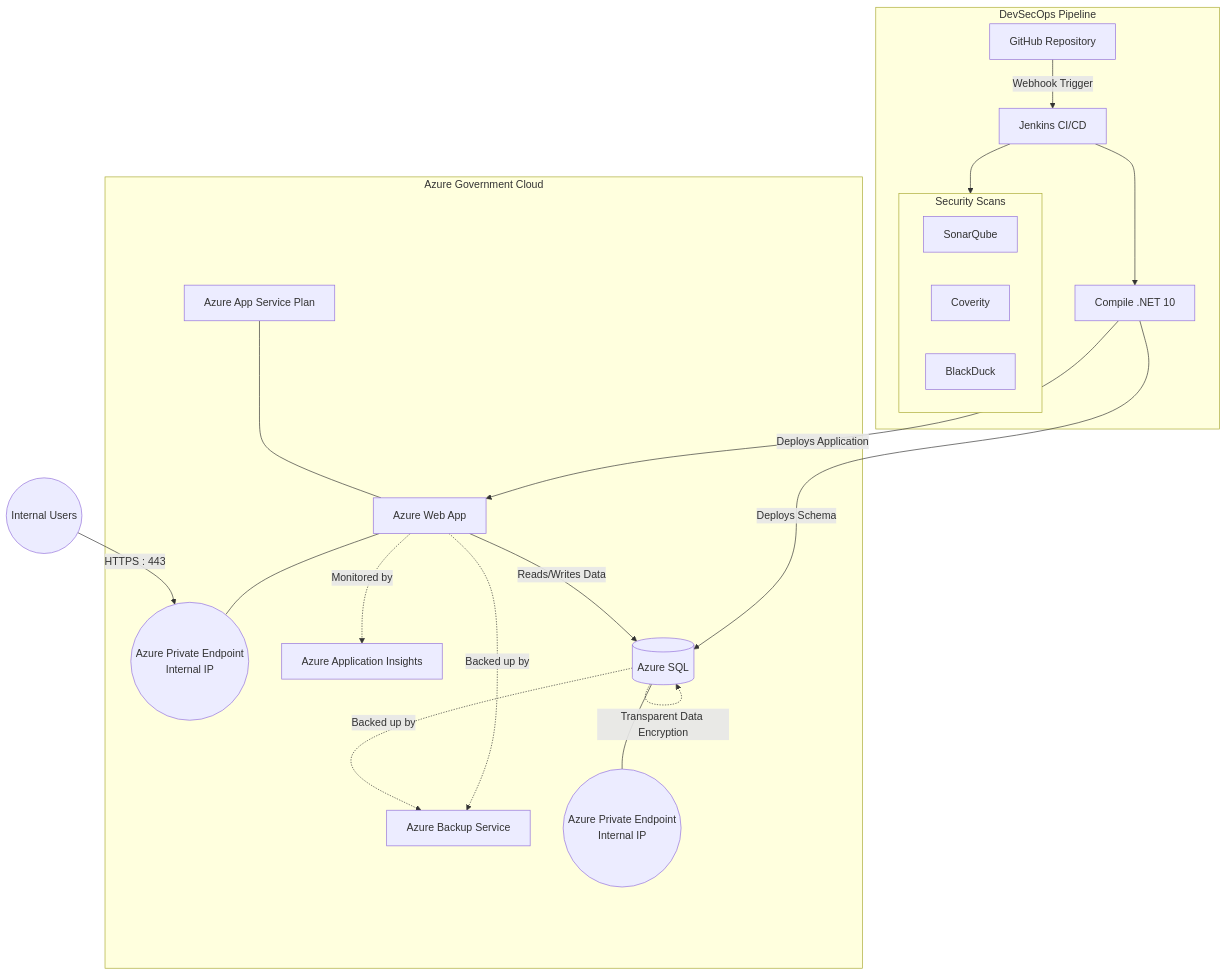
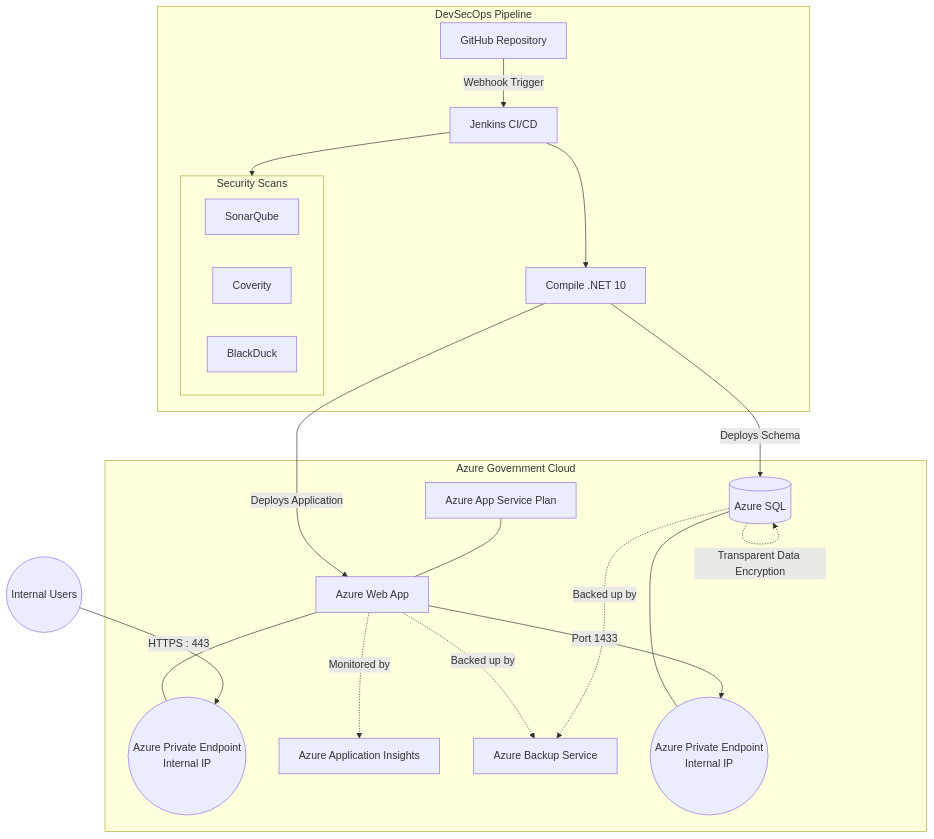
Before and after one commit to SingularityResearch/ChatApp: the diagram in DeploymentRequirements.md, drawn with Mermaid.

Commit message:
diagram changes

````diff
--- a/DeploymentRequirements.md
+++ b/DeploymentRequirements.md
@@ -27,57 +27,57 @@
 ```mermaid
 graph TD
     subgraph Pipeline [DevSecOps Pipeline]
         GitHub[GitHub Repository]
         Jenkins[Jenkins CI/CD]
         
         subgraph SecurityScans [Security Scans]
             SonarQube[SonarQube]
             Coverity[Coverity]
             BlackDuck[BlackDuck]
         end
         
         Build[Compile .NET 10]
     end
 
     subgraph AzureGov [Azure Government Cloud]
         AppServicePlan[Azure App Service Plan]
         WebApp[Azure Web App]
         WebAppPE((Azure Private Endpoint<br>Internal IP))
         
         AppInsights[Azure Application Insights]
         BackupSvc[Azure Backup Service]
         
         AzureSQL[(Azure SQL)]
         SqlPE((Azure Private Endpoint<br>Internal IP))
     end
     
     Users((Internal Users))
 
     %% Pipeline Flow
     GitHub -- Webhook Trigger --> Jenkins
     Jenkins --> SecurityScans
     Jenkins --> Build
     
     %% Deployment Flow
     Build -- Deploys Application --> WebApp
     Build -- Deploys Schema --> AzureSQL
     
     %% Azure Infrastructure
     AppServicePlan --- WebApp
     WebApp --- WebAppPE
     AzureSQL --- SqlPE
     
     %% Communication
-    WebApp -- Reads/Writes Data --> AzureSQL
+    WebApp -- Port 1433 --> SqlPE
     
     %% Encryption
     AzureSQL -. Transparent Data Encryption .-> AzureSQL
     
     %% Monitoring & Backup
     WebApp -. Monitored by .-> AppInsights
     WebApp -. Backed up by .-> BackupSvc
     AzureSQL -. Backed up by .-> BackupSvc
     
     %% Data Traffic
     Users -- HTTPS : 443 --> WebAppPE
 ```
````
